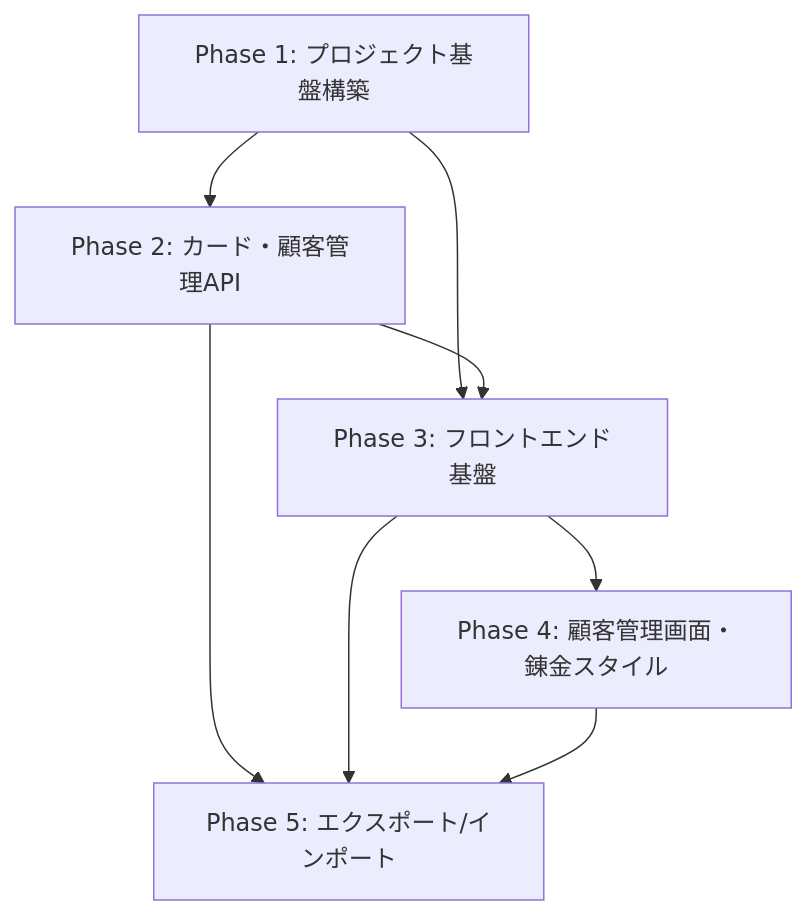
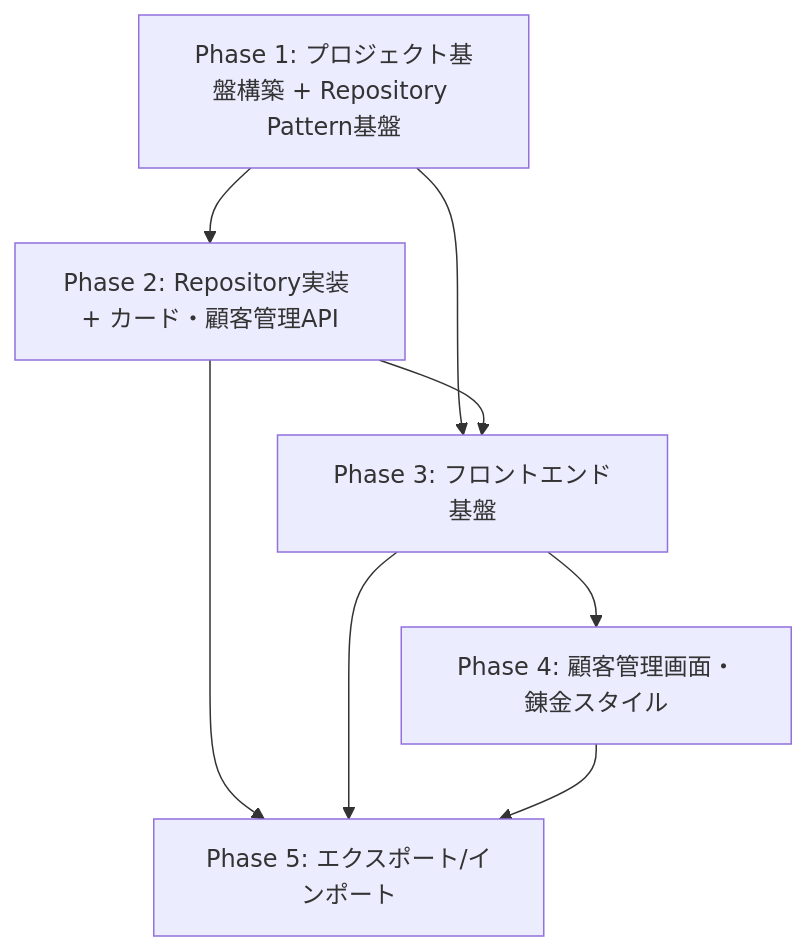
One commit to yaguma/atelier_resource_management changed the diagram in docs/tasks/resource-management-webapp-overview.md. Above: the diagram before and after it, drawn with Mermaid. The commit also changed other lines of this file and 2 other files, not shown here.

First line of the commit message:
タスク: Repository Pattern導入に伴うタスクファイル更新

````diff
--- a/docs/tasks/resource-management-webapp-overview.md
+++ b/docs/tasks/resource-management-webapp-overview.md
@@ -234,10 +257,10 @@
 ```mermaid
 graph TD
-    P1[Phase 1: プロジェクト基盤構築] --> P2[Phase 2: カード・顧客管理API]
+    P1[Phase 1: プロジェクト基盤構築 + Repository Pattern基盤] --> P2[Phase 2: Repository実装 + カード・顧客管理API]
     P1 --> P3[Phase 3: フロントエンド基盤]
     P2 --> P3
     P3 --> P4[Phase 4: 顧客管理画面・錬金スタイル]
     P2 --> P5[Phase 5: エクスポート/インポート]
     P3 --> P5
     P4 --> P5
 ```
````
